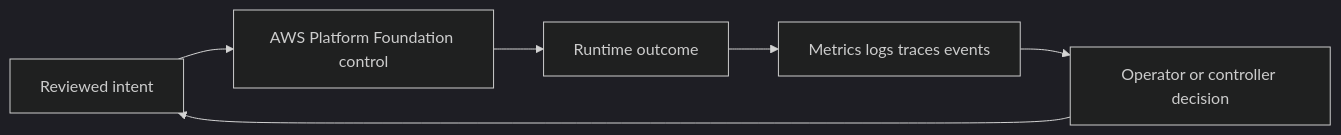
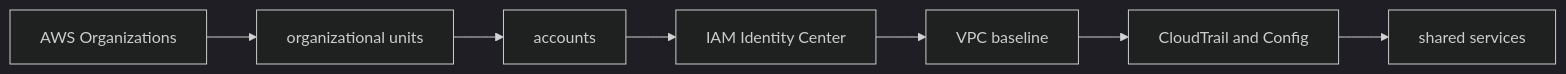
Before and after one commit to m1mohamad/devops-sre-prep: the diagram in docs/study/aws/01-aws-platform-foundation.md, drawn with Mermaid (dark theme). The commit also changed other lines of this file and 61 other files, not shown here.

Commit message:
Replace generic architecture and study templates

````diff
--- a/docs/study/aws/01-aws-platform-foundation.md
+++ b/docs/study/aws/01-aws-platform-foundation.md
@@ -20,8 +15,4 @@
 ```mermaid
 flowchart LR
-  Intent[Reviewed intent] --> Control[AWS Platform Foundation control]
-  Control --> Runtime[Runtime outcome]
-  Runtime --> Signals[Metrics logs traces events]
-  Signals --> Decision[Operator or controller decision]
-  Decision --> Intent
+  N0[AWS Organizations] --> N1[organizational units] --> N2[accounts] --> N3[IAM Identity Center] --> N4[VPC baseline] --> N5[CloudTrail and Config] --> N6[shared services]
 ```
````
